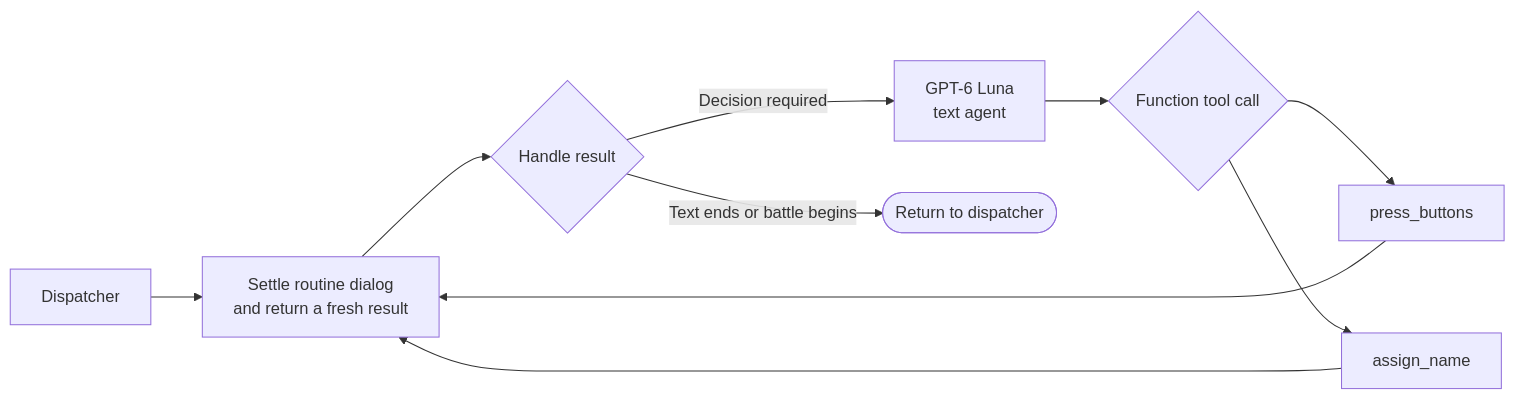
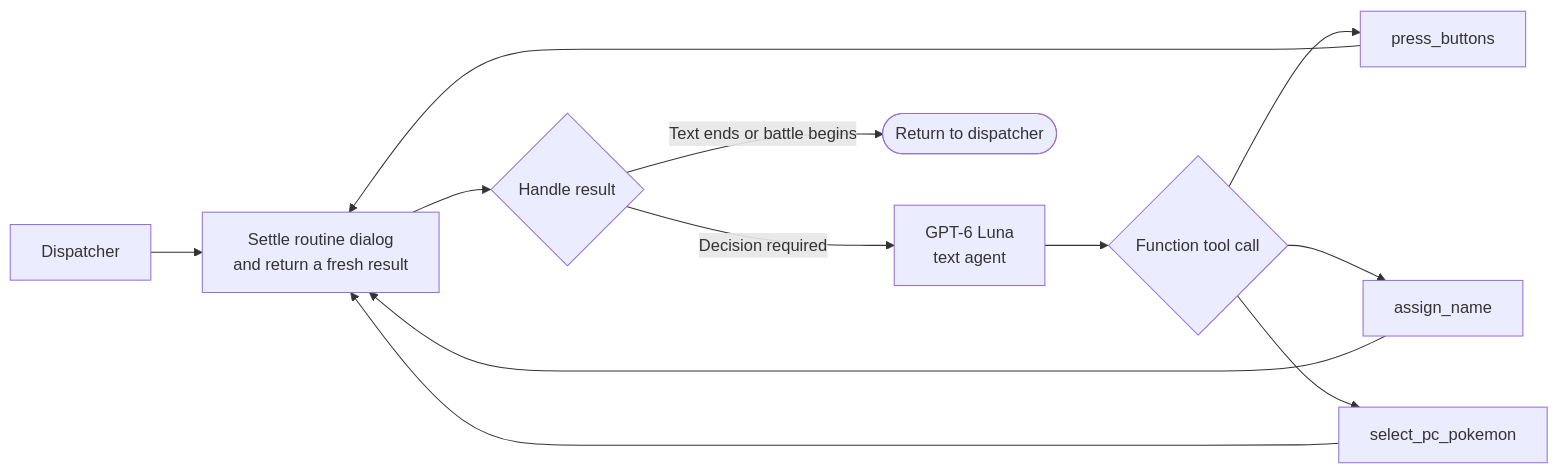
The fourth of 4 diagrams in docs/architecture.md (clambro/ai-plays-pokemon), drawn with Mermaid before and after one commit. The commit also changed other lines of this file and 11 other files, not shown here.

````diff
--- a/docs/architecture.md
+++ b/docs/architecture.md
@@ -185,13 +185,15 @@
 ```mermaid
 flowchart LR
     dispatch["Dispatcher"] --> settle["Settle routine dialog<br/>and return a fresh result"]
     settle --> handle{"Handle result"}
     handle -->|"Decision required"| agent["GPT-6 Luna<br/>text agent"]
     handle -->|"Text ends or battle begins"| finish(["Return to dispatcher"])
 
     agent --> choice{"Function tool call"}
     choice --> buttons["press_buttons"]
     choice --> name["assign_name"]
+    choice --> pc["select_pc_pokemon"]
     buttons --> settle
     name --> settle
+    pc --> settle
 ```
````
